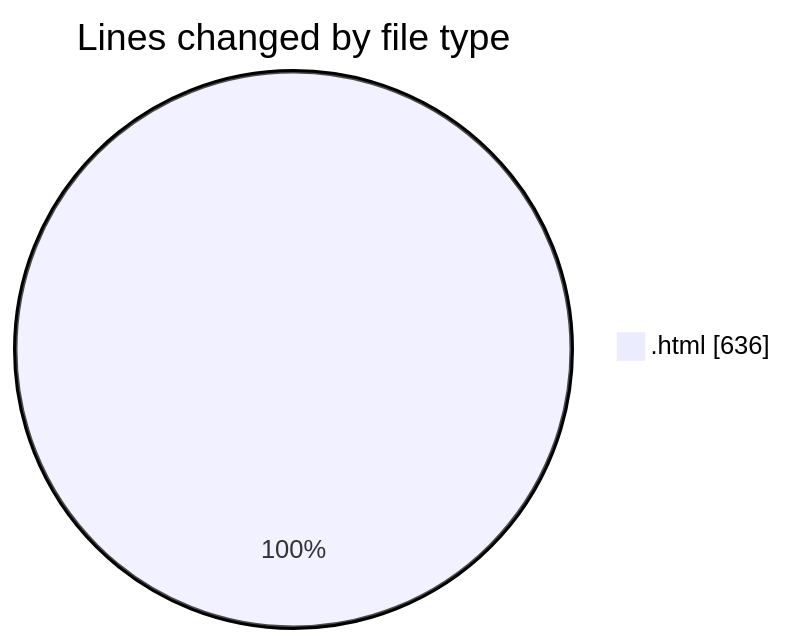
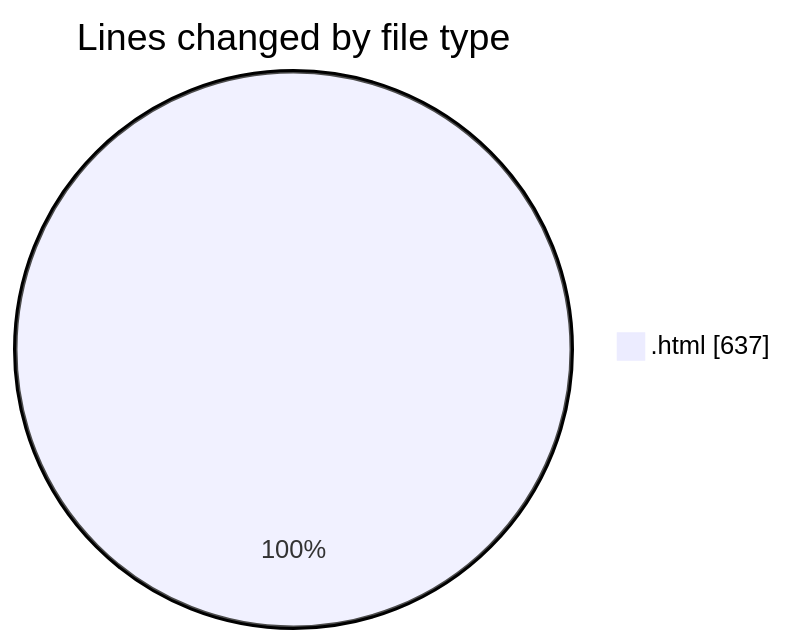
One commit to vahidmafi/code-tracking changed the first of 2 diagrams in 2025-09-03/www/README.md. Above: the diagram before and after it, drawn with Mermaid. The commit also changed other lines of this file and 1 other file, not shown here.

````diff
--- a/2025-09-03/www/README.md
+++ b/2025-09-03/www/README.md
@@ -20,5 +20,5 @@
 ```mermaid
 pie showData
 title Lines changed by file type
-".html" : 636
+".html" : 637
 ```
````
